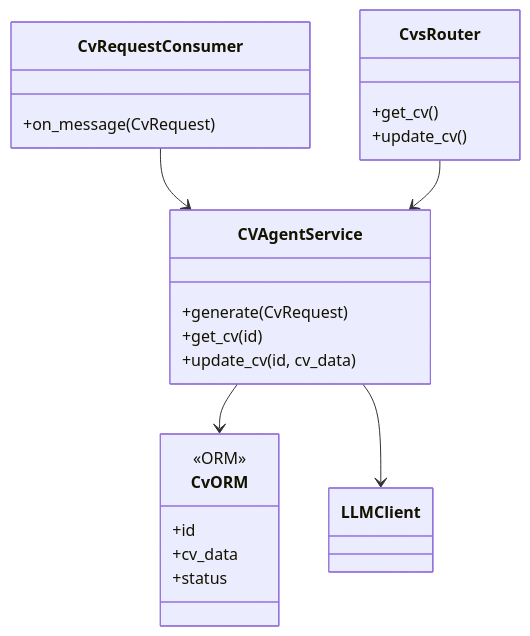
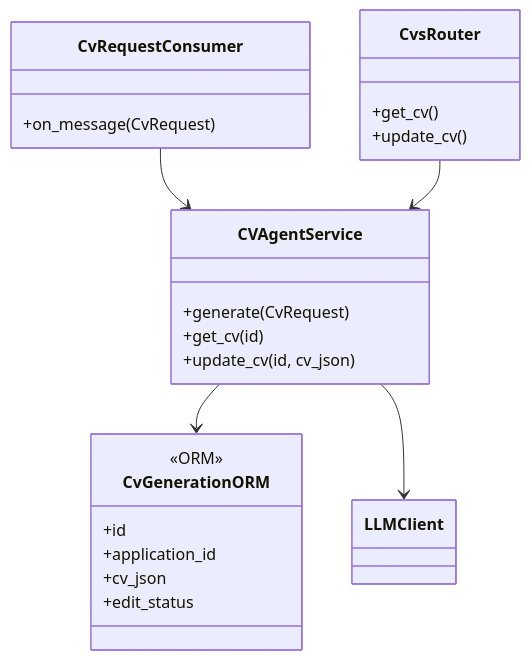
Before and after one commit to Tooltu-deve/Autonomous-Career-Agent: the sixth of 9 diagrams in docs/CLASS_DIAGRAM.md, drawn with Mermaid. The commit also changed other lines of this file and 3 other files, not shown here.

First line of the commit message:
feat(db): reconcile schema with CV editor/PDF spec

````diff
--- a/docs/CLASS_DIAGRAM.md
+++ b/docs/CLASS_DIAGRAM.md
@@ -170,25 +177,26 @@
 ```mermaid
 classDiagram
     class CvRequestConsumer {
         +on_message(CvRequest)
     }
     class CvsRouter {
         +get_cv()
         +update_cv()
     }
     class CVAgentService {
         +generate(CvRequest)
         +get_cv(id)
-        +update_cv(id, cv_data)
+        +update_cv(id, cv_json)
     }
-    class CvORM {
+    class CvGenerationORM {
         <<ORM>>
         +id
-        +cv_data
-        +status
+        +application_id
+        +cv_json
+        +edit_status
     }
     CvRequestConsumer --> CVAgentService
     CvsRouter --> CVAgentService
-    CVAgentService --> CvORM
+    CVAgentService --> CvGenerationORM
     CVAgentService --> LLMClient
 ```
````
